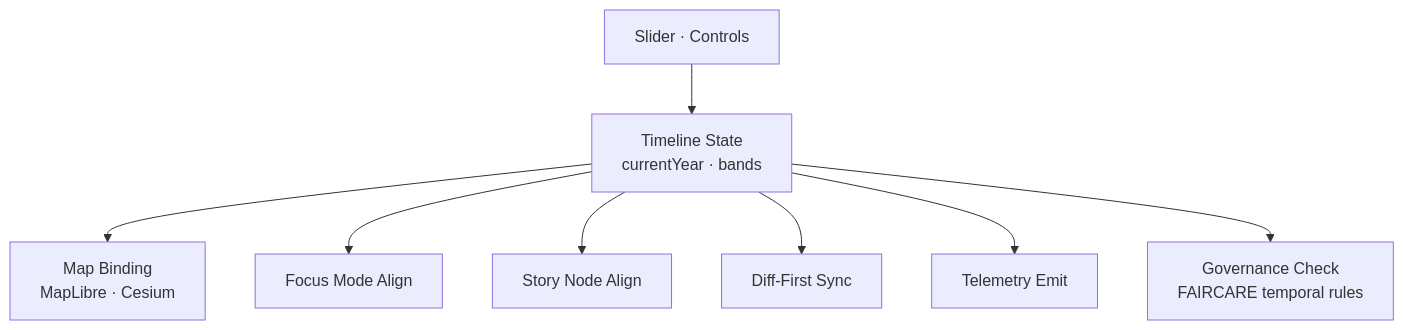
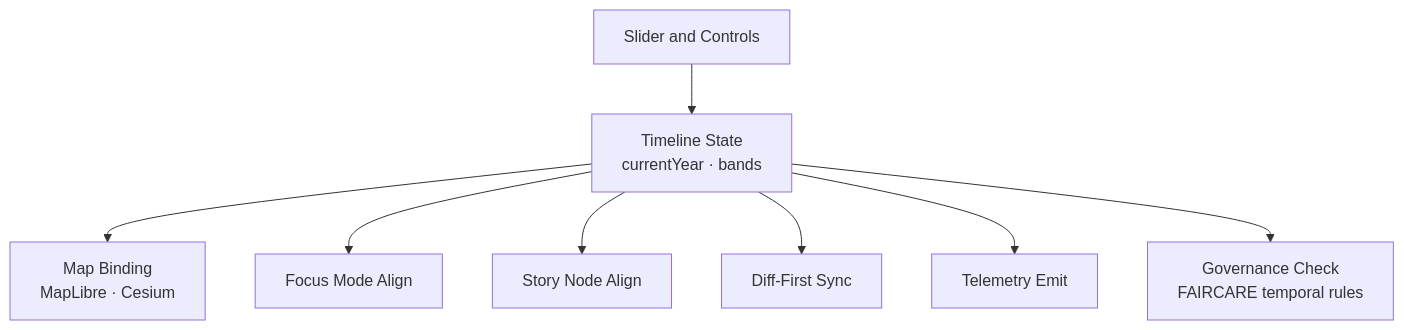
Before and after one commit to bartytime4life/Kansas-Frontier-Matrix: the first of 5 diagrams in web/src/features/timeline/README.md, drawn with Mermaid. The commit also changed other lines of this file, not shown here.

First line of the commit message:
Revise timeline feature documentation

````diff
--- a/web/src/features/timeline/README.md
+++ b/web/src/features/timeline/README.md
@@ -71,10 +71,10 @@
 ```mermaid
 flowchart TD
-    UI[Slider · Controls] --> TLSTATE[Timeline State<br/>currentYear · bands]
+    UI[Slider and Controls] --> TLSTATE[Timeline State<br/>currentYear · bands]
     TLSTATE --> MAPARB[Map Binding<br/>MapLibre · Cesium]
     TLSTATE --> FOCUSALIGN[Focus Mode Align]
     TLSTATE --> STORYALIGN[Story Node Align]
     TLSTATE --> DIFFSYNC[Diff-First Sync]
     TLSTATE --> TEL[Telemetry Emit]
     TLSTATE --> GOV[Governance Check<br/>FAIRCARE temporal rules]
 ```
````
